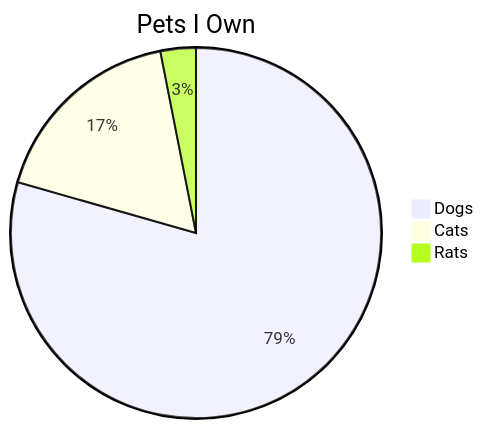
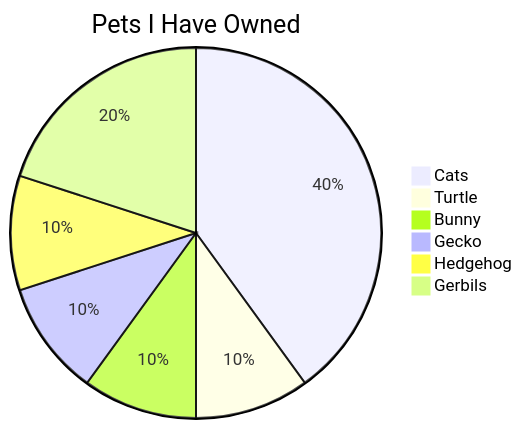
One commit to atursi508/cs-pd-week-2026 changed the diagram in CS Notes.md. Above: the diagram before and after it, drawn with Mermaid.

Commit message:
Update CS Notes.md
Updated pie chart of pets

````diff
--- a/CS Notes.md
+++ b/CS Notes.md
@@ -25,6 +25,9 @@
 ```mermaid
-pie title Pets I Own
-    "Dogs" : 386
-    "Cats" : 85
-    "Rats" : 15
+pie title Pets I Have Owned
+    "Cats" : 4
+    "Turtle" : 1
+    "Bunny" : 1
+    "Gecko" : 1
+    "Hedgehog" : 1
+    "Gerbils" : 2
 ```
````
